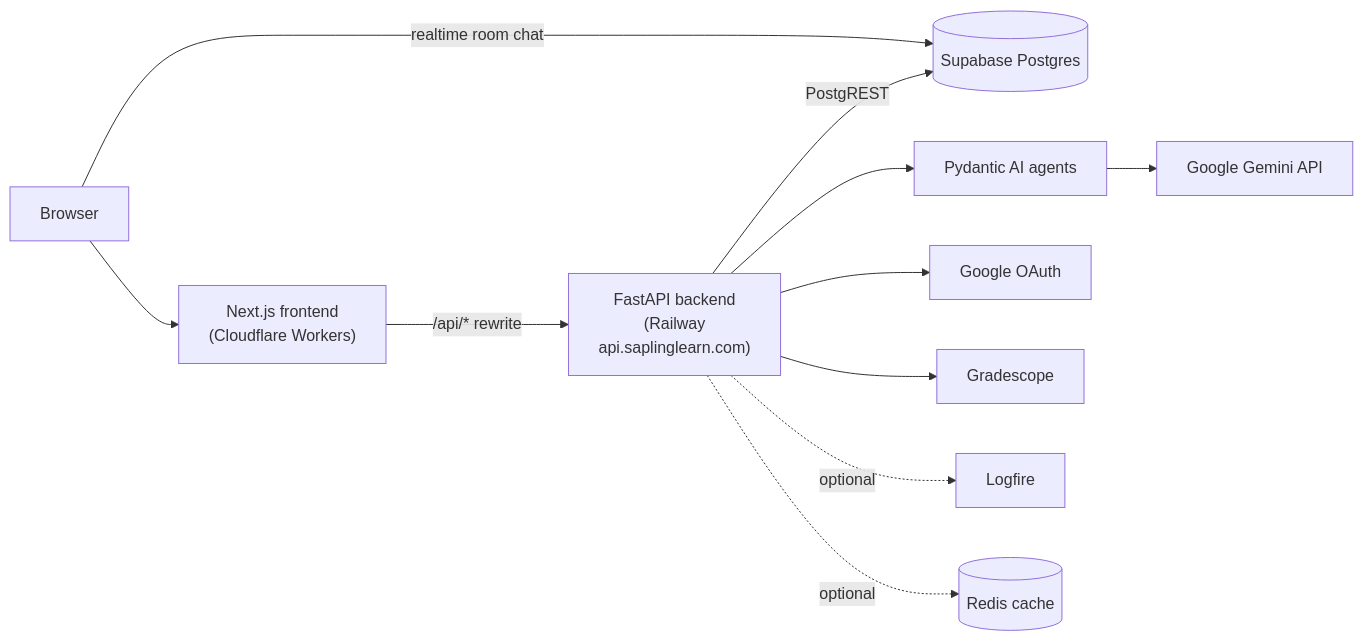
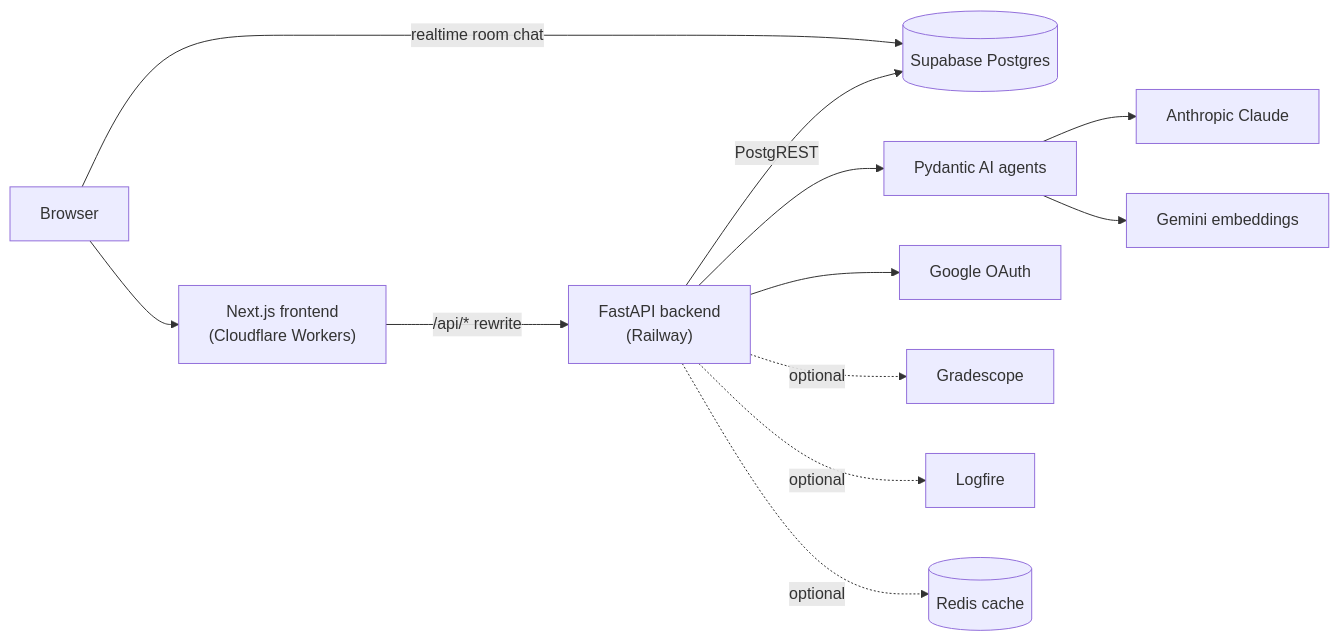
Before and after one commit to SaplingLearn/Sapling: the diagram in README.md, drawn with Mermaid. The commit also changed other lines of this file and 3 other files, not shown here.

````diff
--- a/README.md
+++ b/README.md
@@ -65,13 +97,14 @@
 ```mermaid
 flowchart LR
     U[Browser] --> FE["Next.js frontend<br/>(Cloudflare Workers)"]
-    FE -->|"/api/* rewrite"| BE["FastAPI backend<br/>(Railway<br/>api.saplinglearn.com)"]
+    FE -->|"/api/* rewrite"| BE["FastAPI backend<br/>(Railway)"]
     U -->|"realtime room chat"| SB
     BE -->|PostgREST| SB[("Supabase Postgres")]
     BE --> AG["Pydantic AI agents"]
-    AG --> GE["Google Gemini API"]
+    AG --> CL["Anthropic Claude"]
+    AG --> GE["Gemini embeddings"]
     BE --> GO["Google OAuth"]
-    BE --> GS["Gradescope"]
+    BE -.optional.-> GS["Gradescope"]
     BE -.optional.-> LF["Logfire"]
     BE -.optional.-> RD[("Redis cache")]
 ```
````
